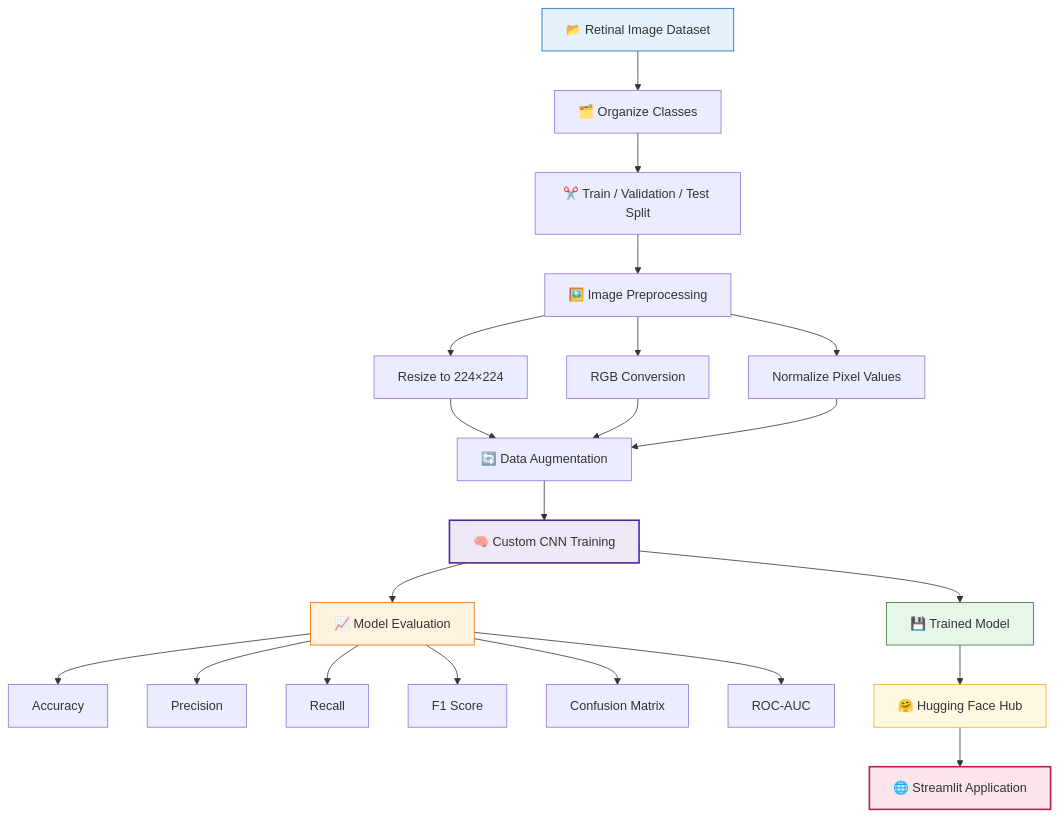
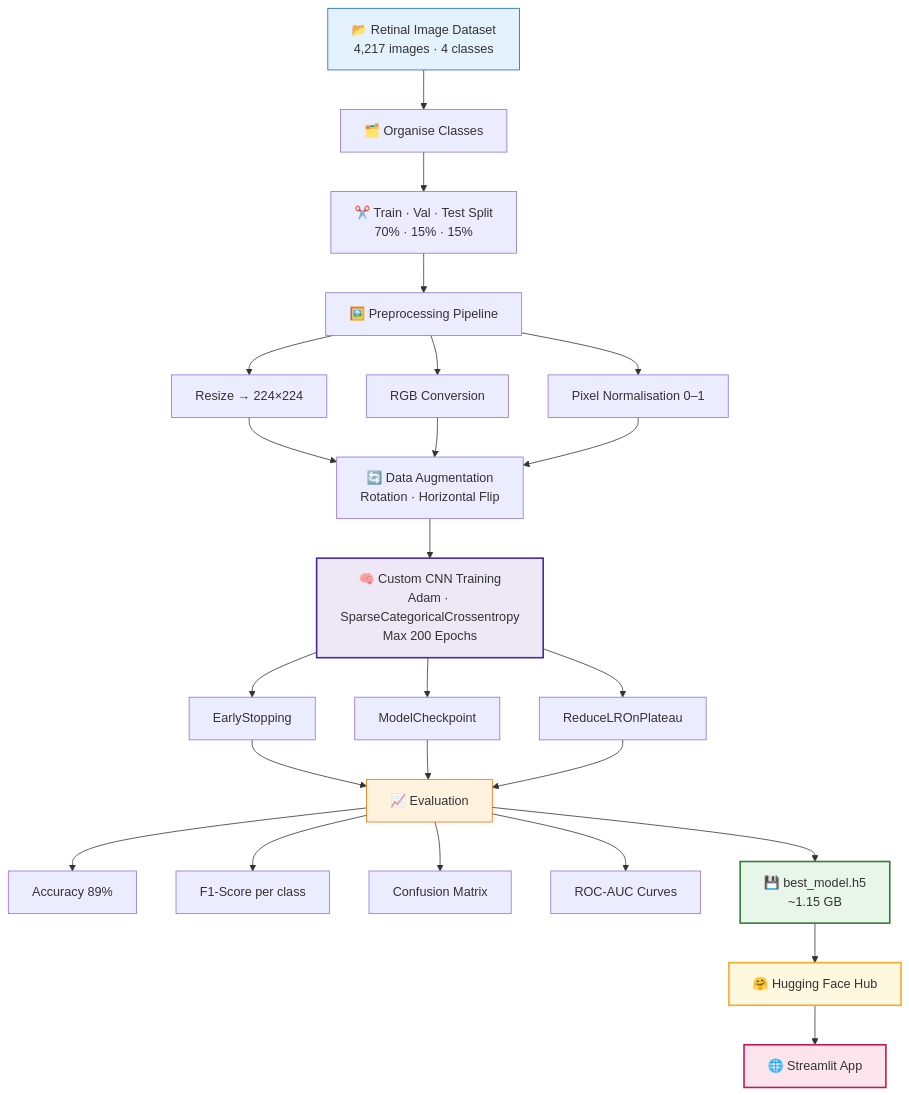
Before and after one commit to the-amazing-atharva/Ocular-Diseases-Detection-using-CNN-Deep-Learning: the fourth of 9 diagrams in README.md, drawn with Mermaid. The commit also changed other lines of this file and 3 other files, not shown here.

````diff
--- a/README.md
+++ b/README.md
@@ -203,40 +310,29 @@
 ```mermaid
 flowchart TD
-    A["📂 Retinal Image Dataset"] --> B["🗂️ Organize Classes"]
-
-    B --> C["✂️ Train / Validation / Test Split"]
-
-    C --> D["🖼️ Image Preprocessing"]
-
-    D --> D1["Resize to 224×224"]
+    A["📂 Retinal Image Dataset\n4,217 images · 4 classes"] --> B["🗂️ Organise Classes"]
+    B --> C["✂️ Train · Val · Test Split\n70% · 15% · 15%"]
+    C --> D["🖼️ Preprocessing Pipeline"]
+    D --> D1["Resize → 224×224"]
     D --> D2["RGB Conversion"]
-    D --> D3["Normalize Pixel Values"]
-
-    D1 --> E["🔄 Data Augmentation"]
-    D2 --> E
-    D3 --> E
-
-    E --> F["🧠 Custom CNN Training"]
-
-    F --> G["📈 Model Evaluation"]
-
-    G --> G1["Accuracy"]
-    G --> G2["Precision"]
-    G --> G3["Recall"]
-    G --> G4["F1 Score"]
-    G --> G5["Confusion Matrix"]
-    G --> G6["ROC-AUC"]
-
-    F --> H["💾 Trained Model"]
-
-    H --> I["🤗 Hugging Face Hub"]
-
-    I --> J["🌐 Streamlit Application"]
+    D --> D3["Pixel Normalisation 0–1"]
+    D1 & D2 & D3 --> E["🔄 Data Augmentation\nRotation · Horizontal Flip"]
+    E --> F["🧠 Custom CNN Training\nAdam · SparseCategoricalCrossentropy\nMax 200 Epochs"]
+    F --> G1["EarlyStopping"]
+    F --> G2["ModelCheckpoint"]
+    F --> G3["ReduceLROnPlateau"]
+    G1 & G2 & G3 --> H["📈 Evaluation"]
+    H --> H1["Accuracy 89%"]
+    H --> H2["F1-Score per class"]
+    H --> H3["Confusion Matrix"]
+    H --> H4["ROC-AUC Curves"]
+    H --> I["💾 best_model.h5\n~1.15 GB"]
+    I --> J["🤗 Hugging Face Hub"]
+    J --> K["🌐 Streamlit App"]
 
     style A fill:#e3f2fd,stroke:#1565c0
     style F fill:#ede7f6,stroke:#4527a0,stroke-width:2px
-    style G fill:#fff3e0,stroke:#ef6c00
-    style H fill:#e8f5e9,stroke:#2e7d32
-    style I fill:#fff8e1,stroke:#f9a825
-    style J fill:#fce4ec,stroke:#c2185b,stroke-width:2px
+    style H fill:#fff3e0,stroke:#ef6c00
+    style I fill:#e8f5e9,stroke:#2e7d32,stroke-width:2px
+    style J fill:#fff8e1,stroke:#f9a825,stroke-width:2px
+    style K fill:#fce4ec,stroke:#c2185b,stroke-width:2px
 ```
````
